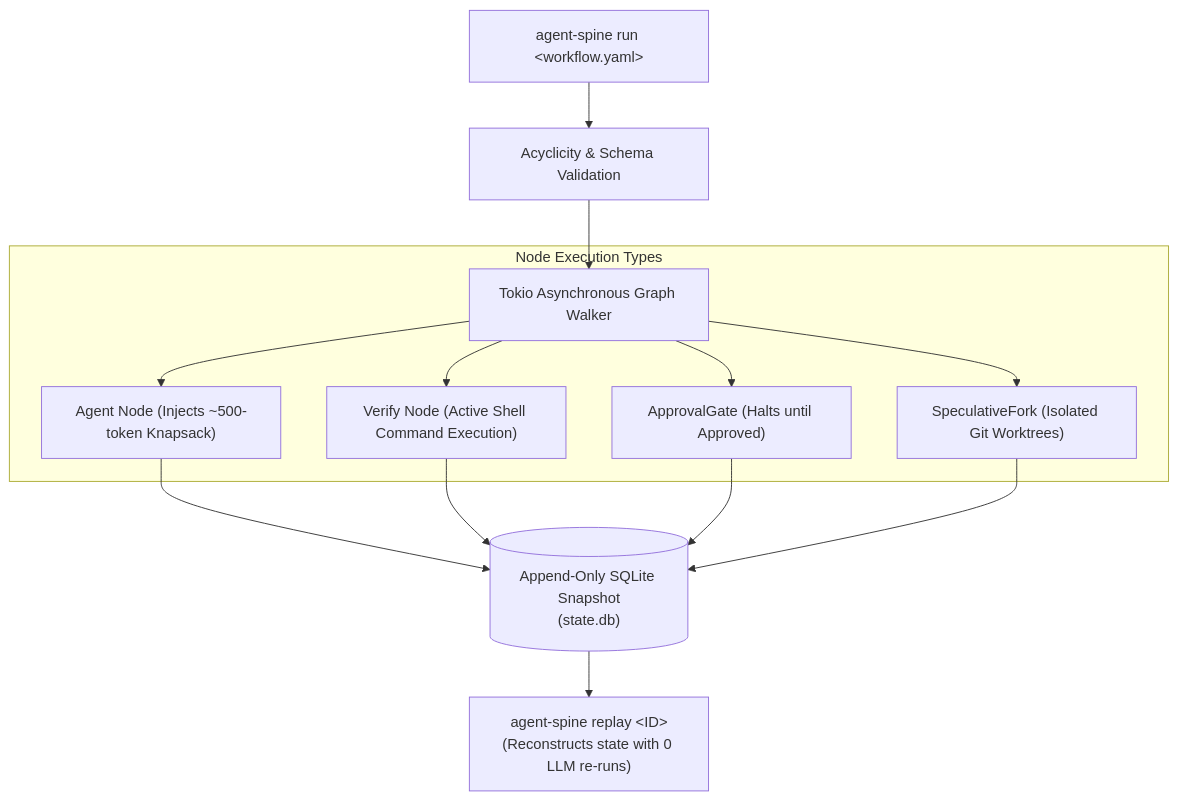
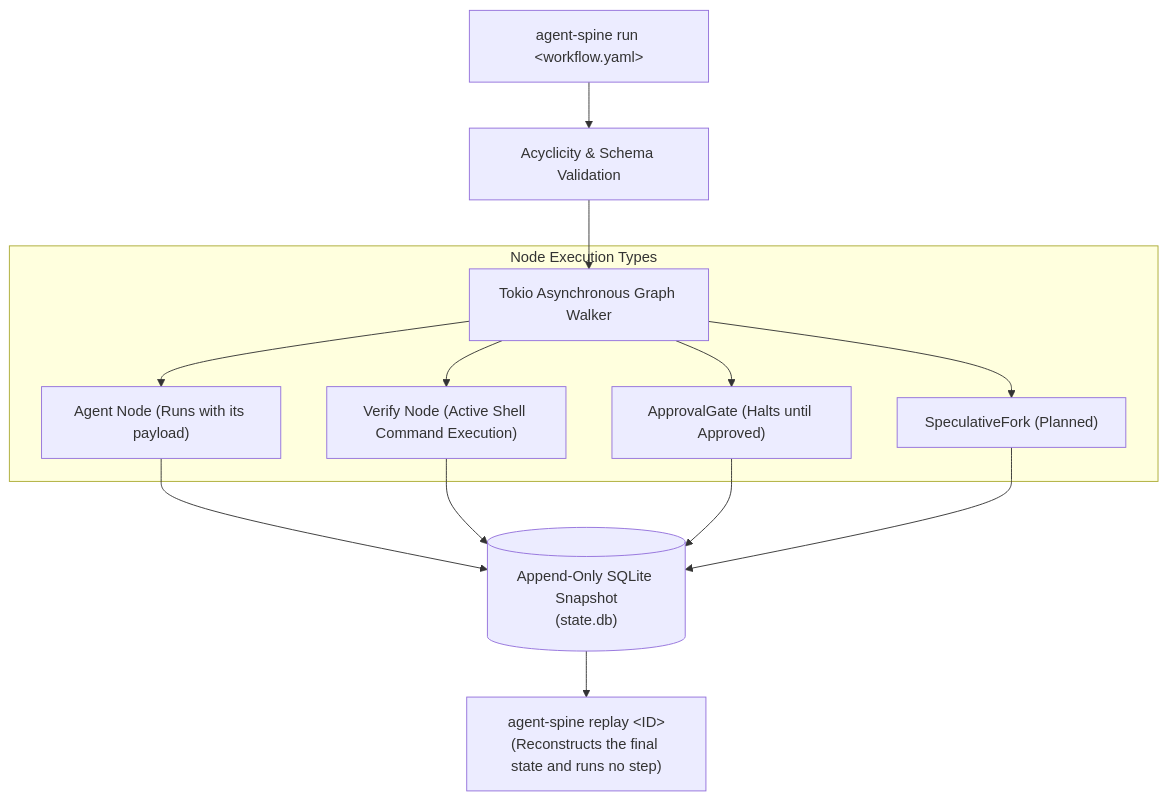
The diagram in src/routes/thesmos/docs/+page.md (autonomic-ai-dev/website), drawn with Mermaid before and after one commit. The commit also changed other lines of this file and 5 other files, not shown here.

````diff
--- a/src/routes/thesmos/docs/+page.md
+++ b/src/routes/thesmos/docs/+page.md
@@ -15,19 +15,19 @@
 ```mermaid
 flowchart TD
     Run["agent-spine run &lt;workflow.yaml&gt;"] --> Validate["Acyclicity & Schema Validation"]
     Validate --> Engine["Tokio Asynchronous Graph Walker"]
     
     subgraph Execution ["Node Execution Types"]
-        Engine --> Agent["Agent Node (Injects ~500-token Knapsack)"]
+        Engine --> Agent["Agent Node (Runs with its payload)"]
         Engine --> Verify["Verify Node (Active Shell Command Execution)"]
         Engine --> Gate["ApprovalGate (Halts until Approved)"]
-        Engine --> Fork["SpeculativeFork (Isolated Git Worktrees)"]
+        Engine --> Fork["SpeculativeFork (Planned)"]
     end
 
     Agent --> Snapshot[("Append-Only SQLite Snapshot<br/>(state.db)")]
     Verify --> Snapshot
     Gate --> Snapshot
     Fork --> Snapshot
 
-    Snapshot --> Replay["agent-spine replay &lt;ID&gt;<br/>(Reconstructs state with 0 LLM re-runs)"]
+    Snapshot --> Replay["agent-spine replay &lt;ID&gt;<br/>(Reconstructs the final state and runs no step)"]
 ```
````
